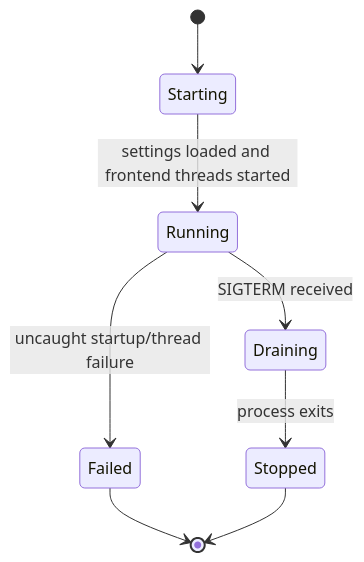
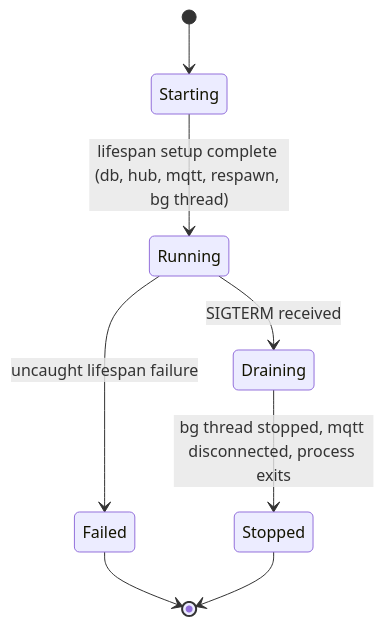
The second of 2 diagrams in docs/design/containers/master-container-design.md (pandazxx/codex-slack), drawn with Mermaid before and after one commit. The commit also changed other lines of this file, not shown here.

````diff
--- a/docs/design/containers/master-container-design.md
+++ b/docs/design/containers/master-container-design.md
@@ -159,10 +164,10 @@
 ```mermaid
 stateDiagram-v2
     [*] --> Starting
-    Starting --> Running: settings loaded and frontend threads started
+    Starting --> Running: lifespan setup complete (db, hub, mqtt, respawn, bg thread)
     Running --> Draining: SIGTERM received
-    Draining --> Stopped: process exits
-    Running --> Failed: uncaught startup/thread failure
+    Draining --> Stopped: bg thread stopped, mqtt disconnected, process exits
+    Running --> Failed: uncaught lifespan failure
     Failed --> [*]
     Stopped --> [*]
 ```
````
